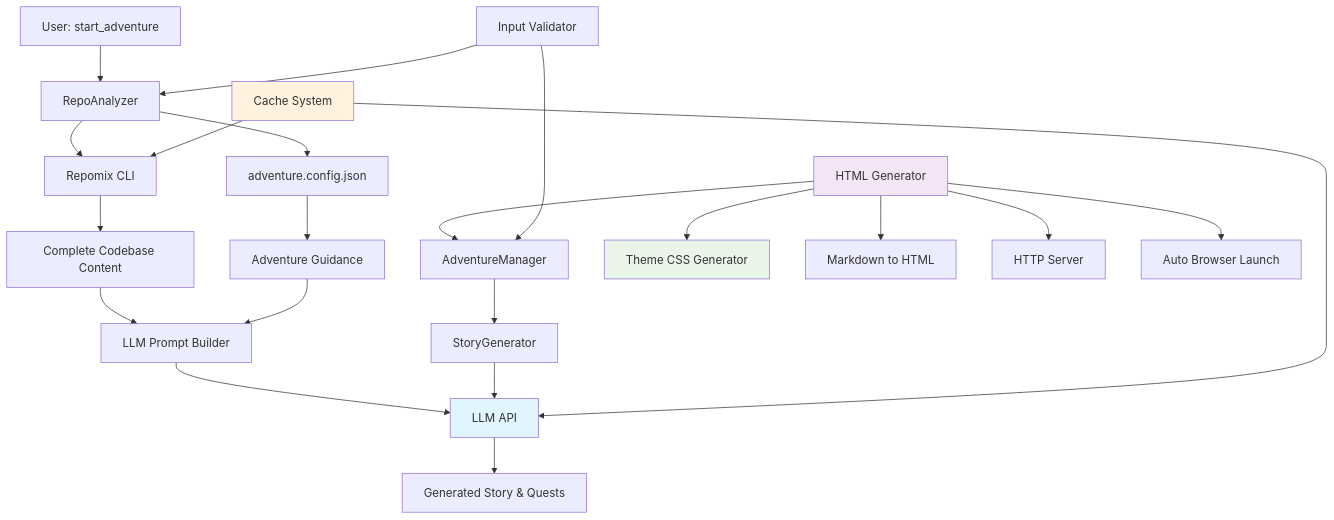
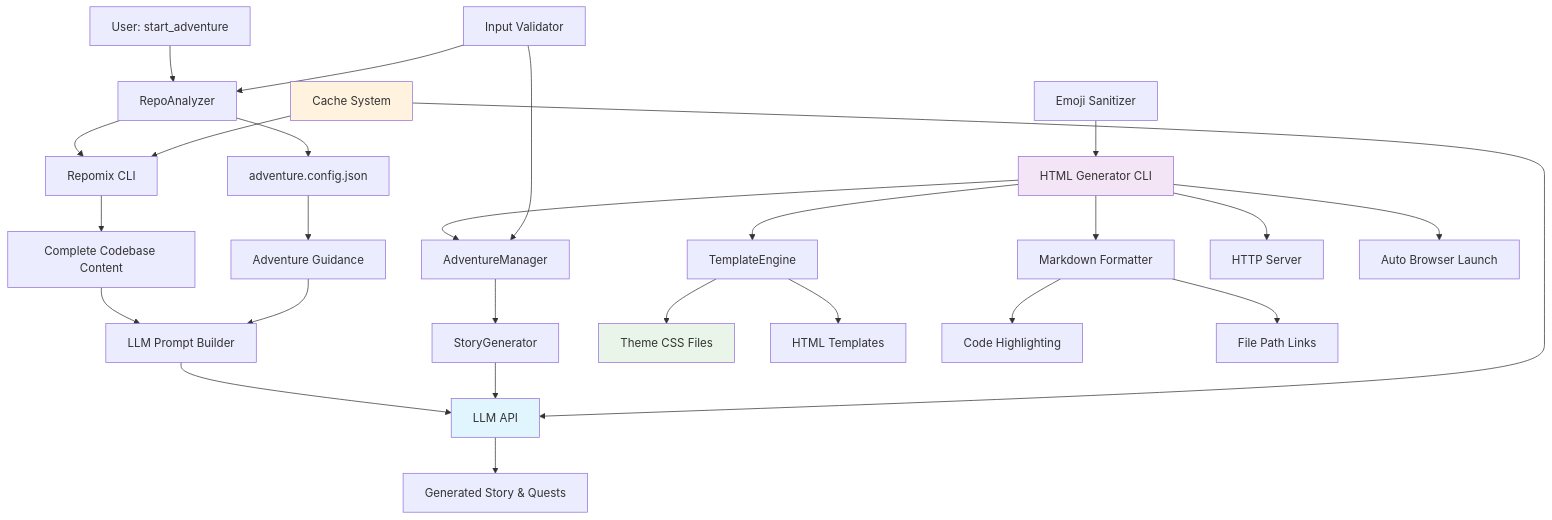
Before and after one commit to DanWahlin/ai-repo-adventures: the second of 2 diagrams in README.md, drawn with Mermaid. The commit also changed other lines of this file and 3 other files, not shown here.

````diff
--- a/README.md
+++ b/README.md
@@ -66,33 +71,38 @@
 ```mermaid
 graph TD
     A[User: start_adventure] --> B[RepoAnalyzer]
     B --> C[Repomix CLI]
     C --> D[Complete Codebase Content]
     
     B --> E[adventure.config.json]
     E --> F[Adventure Guidance]
     
     D --> G[LLM Prompt Builder]
     F --> G
     
     G --> H[LLM API]
     H --> I[Generated Story & Quests]
     
-    J[HTML Generator] --> K[AdventureManager]
+    J[HTML Generator CLI] --> K[AdventureManager]
     K --> L[StoryGenerator] 
     L --> H
-    J --> M[Theme CSS Generator]
-    J --> N[Markdown to HTML]
-    J --> O[HTTP Server]
-    J --> P[Auto Browser Launch]
+    J --> M[TemplateEngine]
+    M --> N[Theme CSS Files]
+    M --> O[HTML Templates]
+    J --> P[Markdown Formatter]
+    P --> Q[Code Highlighting]
+    P --> R[File Path Links]
+    J --> S[HTTP Server]
+    J --> T[Auto Browser Launch]
     
-    Q[Input Validator] --> B
-    Q --> K
-    R[Cache System] --> C
-    R --> H
+    U[Input Validator] --> B
+    U --> K
+    V[Cache System] --> C
+    V --> H
+    W[Emoji Sanitizer] --> J
     
     style H fill:#e1f5fe
     style J fill:#f3e5f5
-    style M fill:#e8f5e8
-    style R fill:#fff3e0
+    style N fill:#e8f5e8
+    style V fill:#fff3e0
 ```
````
